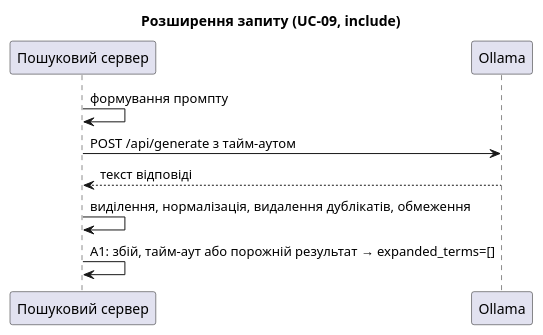
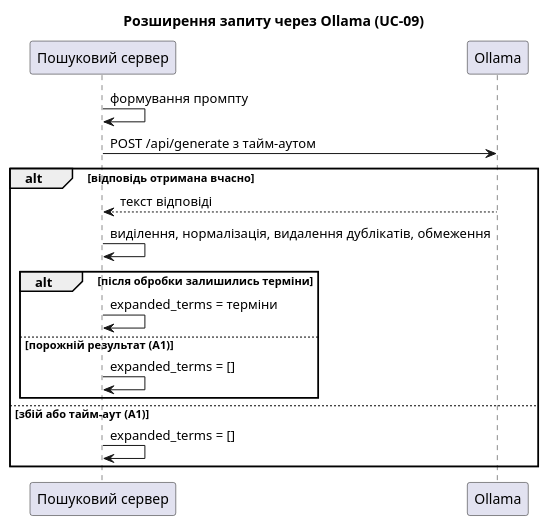
Before and after one commit to whatislavx/course_work_parallel_computing: the diagram in docs/architecture/uml/sequence-uc09.puml, drawn with PlantUML. The commit also changed 14 other files, not shown here.

First line of the commit message:
docs(architecture): fix sequence, class and use-case UML

```diff
--- a/docs/architecture/uml/sequence-uc09.puml
+++ b/docs/architecture/uml/sequence-uc09.puml
@@ -1,10 +1,18 @@
 @startuml sequence-uc09
-title Розширення запиту (UC-09, include)
+title Розширення запиту через Ollama (UC-09)
 participant "Пошуковий сервер" as Srv
 participant "Ollama" as Ollama
 Srv -> Srv : формування промпту
 Srv -> Ollama : POST /api/generate з тайм-аутом
-Ollama --> Srv : текст відповіді
-Srv -> Srv : виділення, нормалізація, видалення дублікатів, обмеження
-Srv -> Srv : A1: збій, тайм-аут або порожній результат → expanded_terms=[]
+alt відповідь отримана вчасно
+  Ollama --> Srv : текст відповіді
+  Srv -> Srv : виділення, нормалізація, видалення дублікатів, обмеження
+  alt після обробки залишились терміни
+    Srv -> Srv : expanded_terms = терміни
+  else порожній результат (A1)
+    Srv -> Srv : expanded_terms = []
+  end
+else збій або тайм-аут (A1)
+  Srv -> Srv : expanded_terms = []
+end
 @enduml
```
